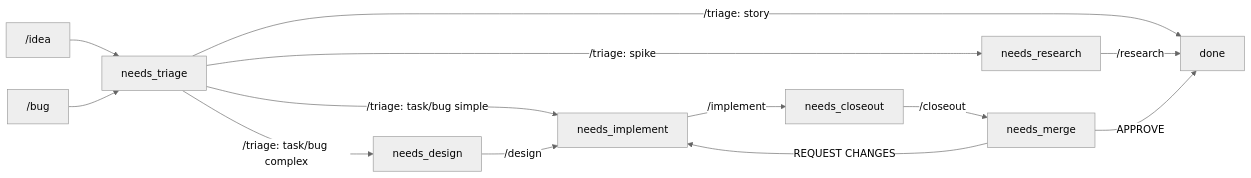
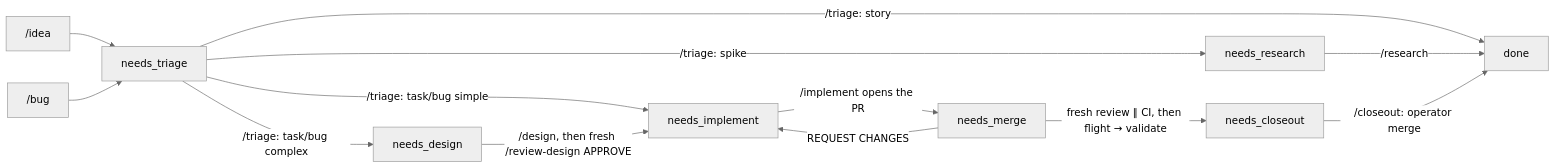
Before and after one commit to cogni-dao/cogni: the diagram in docs/spec/development-lifecycle.md, drawn with Mermaid (neutral theme). The commit also changed other lines of this file and 16 other files, not shown here.

````diff
--- a/docs/spec/development-lifecycle.md
+++ b/docs/spec/development-lifecycle.md
@@ -96,15 +97,15 @@
 ```mermaid
 graph LR
   idea["/idea"] --> needs_triage
   bug_cmd["/bug"] --> needs_triage
   needs_triage -->|"/triage: story"| done
   needs_triage -->|"/triage: spike"| needs_research
   needs_triage -->|"/triage: task/bug complex"| needs_design
   needs_triage -->|"/triage: task/bug simple"| needs_implement
   needs_research -->|"/research"| done
-  needs_design -->|"/design"| needs_implement
-  needs_implement -->|"/implement"| needs_closeout
-  needs_closeout -->|"/closeout"| needs_merge
-  needs_merge -->|"APPROVE"| done
+  needs_design -->|"/design, then fresh /review-design APPROVE"| needs_implement
+  needs_implement -->|"/implement opens the PR"| needs_merge
+  needs_merge -->|"fresh review ∥ CI, then flight → validate"| needs_closeout
   needs_merge -->|"REQUEST CHANGES"| needs_implement
+  needs_closeout -->|"/closeout: operator merge"| done
 ```
````
